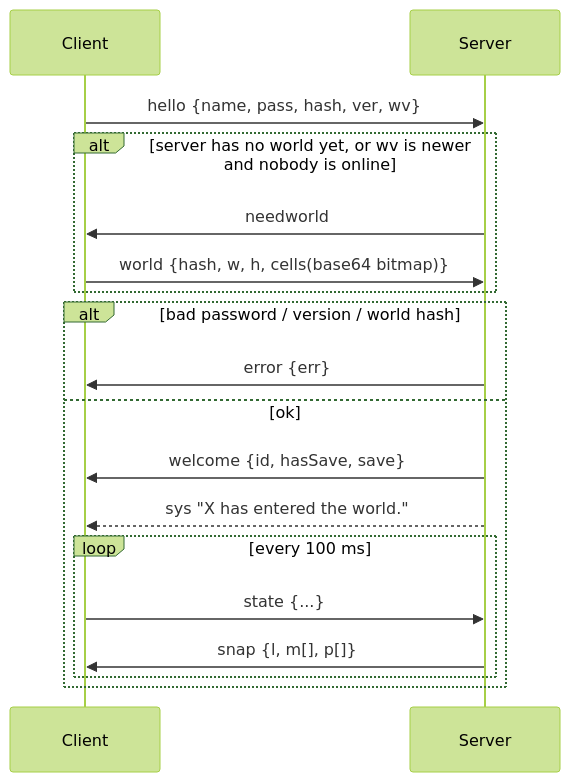
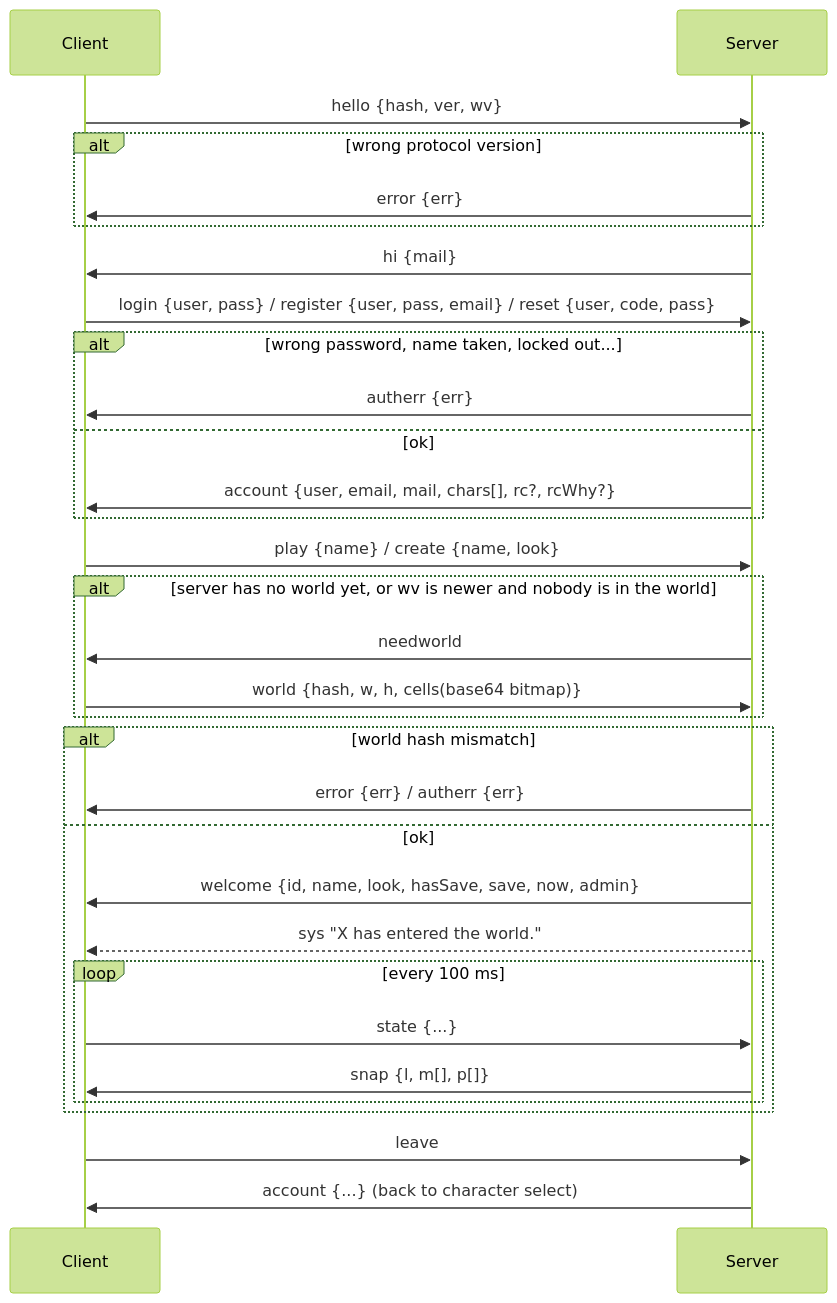
One commit to Ole-JH/ai-water-meter changed the diagram in Shadowfall/docs/architecture/protocol.md. Above: the diagram before and after it, drawn with Mermaid (forest theme). The commit also changed other lines of this file and 36 other files, not shown here.

````diff
--- a/Shadowfall/docs/architecture/protocol.md
+++ b/Shadowfall/docs/architecture/protocol.md
@@ -9,20 +12,33 @@
 ```mermaid
 sequenceDiagram
   participant C as Client
   participant S as Server
-  C->>S: hello {name, pass, hash, ver, wv}
-  alt server has no world yet, or wv is newer and nobody is online
+  C->>S: hello {hash, ver, wv}
+  alt wrong protocol version
+    S->>C: error {err}
+  end
+  S->>C: hi {mail}
+  C->>S: login {user, pass} / register {user, pass, email} / reset {user, code, pass}
+  alt wrong password, name taken, locked out...
+    S->>C: autherr {err}
+  else ok
+    S->>C: account {user, email, mail, chars[], rc?, rcWhy?}
+  end
+  C->>S: play {name} / create {name, look}
+  alt server has no world yet, or wv is newer and nobody is in the world
     S->>C: needworld
     C->>S: world {hash, w, h, cells(base64 bitmap)}
   end
-  alt bad password / version / world hash
-    S->>C: error {err}
+  alt world hash mismatch
+    S->>C: error {err} / autherr {err}
   else ok
-    S->>C: welcome {id, hasSave, save}
+    S->>C: welcome {id, name, look, hasSave, save, now, admin}
     S-->>C: sys "X has entered the world."
     loop every 100 ms
       C->>S: state {...}
       S->>C: snap {l, m[], p[]}
     end
   end
+  C->>S: leave
+  S->>C: account {...} (back to character select)
 ```
````
